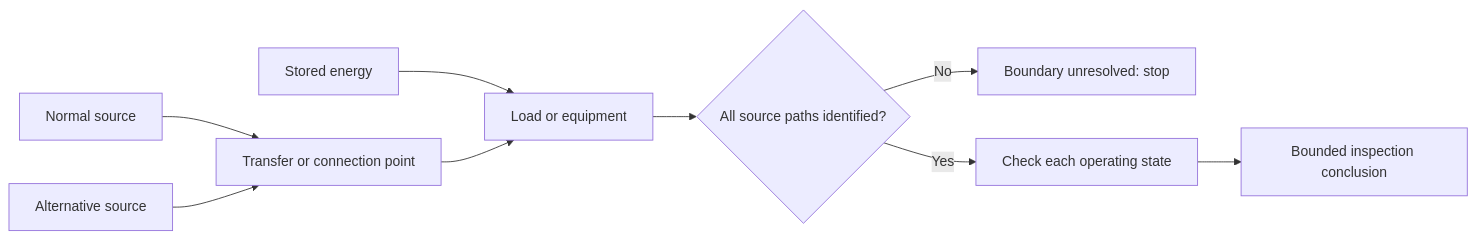
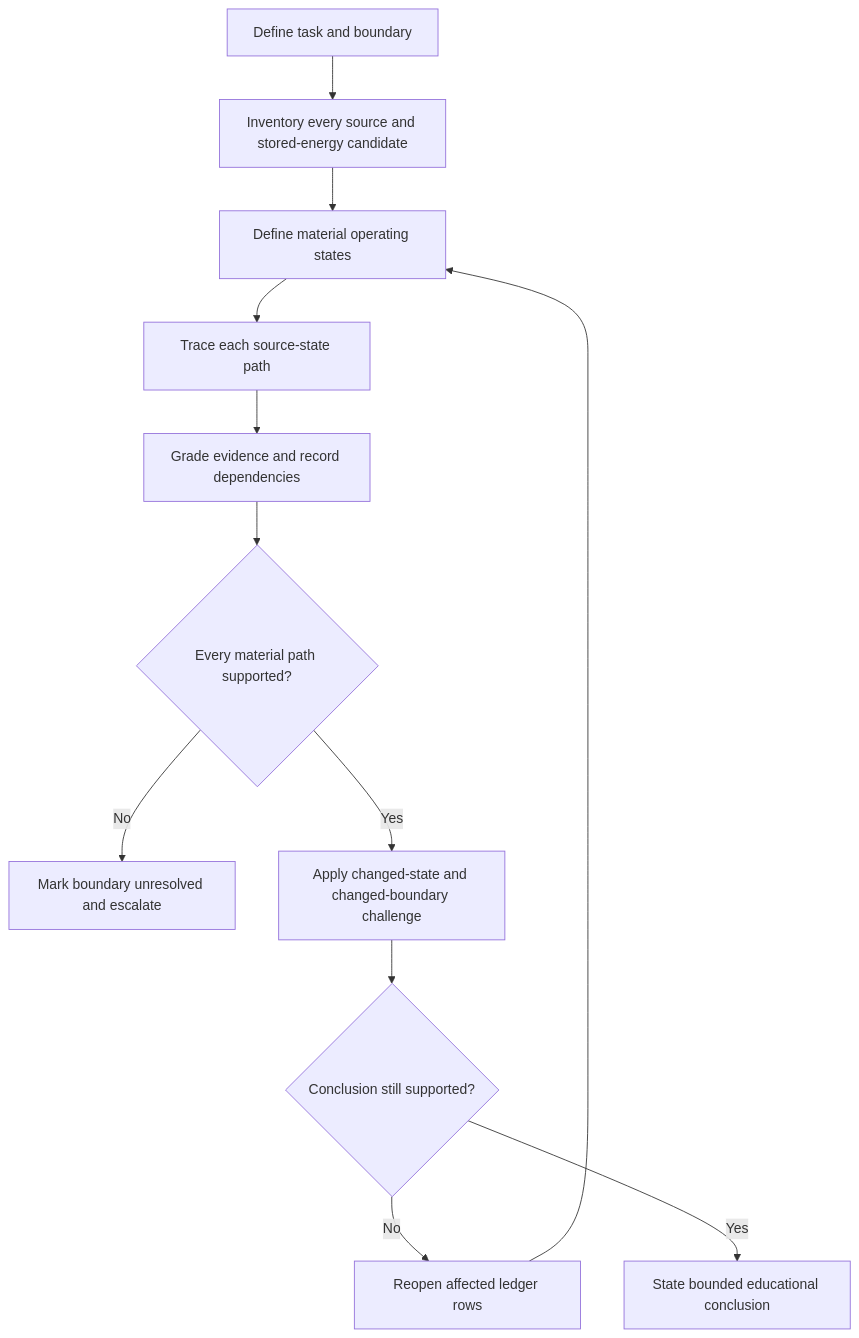
One commit to andrew3stedall/capstone changed the diagram in docs/learning-plans/6-week/modules/day-34-multiple-and-alternative-supplies-awareness.md. Above: the diagram before and after it, drawn with Mermaid. The commit also changed other lines of this file and 4 other files, not shown here.

````diff
--- a/docs/learning-plans/6-week/modules/day-34-multiple-and-alternative-supplies-awareness.md
+++ b/docs/learning-plans/6-week/modules/day-34-multiple-and-alternative-supplies-awareness.md
@@ -52,11 +112,14 @@
 ```mermaid
-flowchart LR
-    A[Normal source] --> D[Transfer or connection point]
-    B[Alternative source] --> D
-    C[Stored energy] --> E[Load or equipment]
-    D --> E
-    E --> F{All source paths identified?}
-    F -->|No| G[Boundary unresolved: stop]
-    F -->|Yes| H[Check each operating state]
-    H --> I[Bounded inspection conclusion]
+flowchart TD
+    A[Define task and boundary] --> B[Inventory every source and stored-energy candidate]
+    B --> C[Define material operating states]
+    C --> D[Trace each source-state path]
+    D --> E[Grade evidence and record dependencies]
+    E --> F{Every material path supported?}
+    F -->|No| G[Mark boundary unresolved and escalate]
+    F -->|Yes| H[Apply changed-state and changed-boundary challenge]
+    H --> I{Conclusion still supported?}
+    I -->|No| J[Reopen affected ledger rows]
+    I -->|Yes| K[State bounded educational conclusion]
+    J --> C
 ```
````
